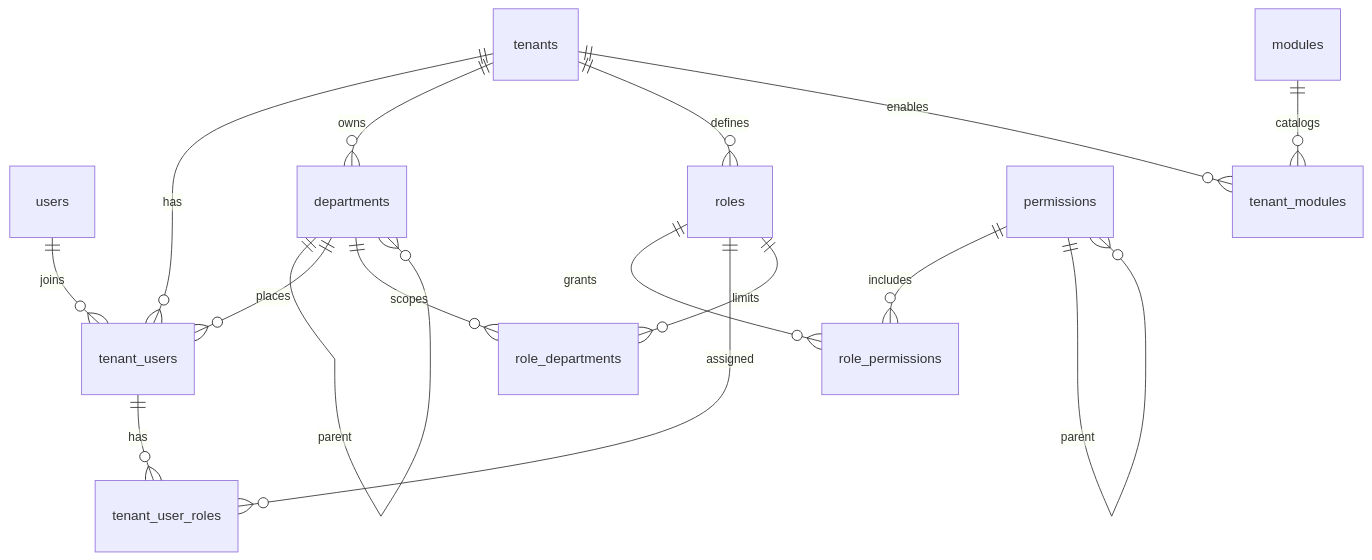
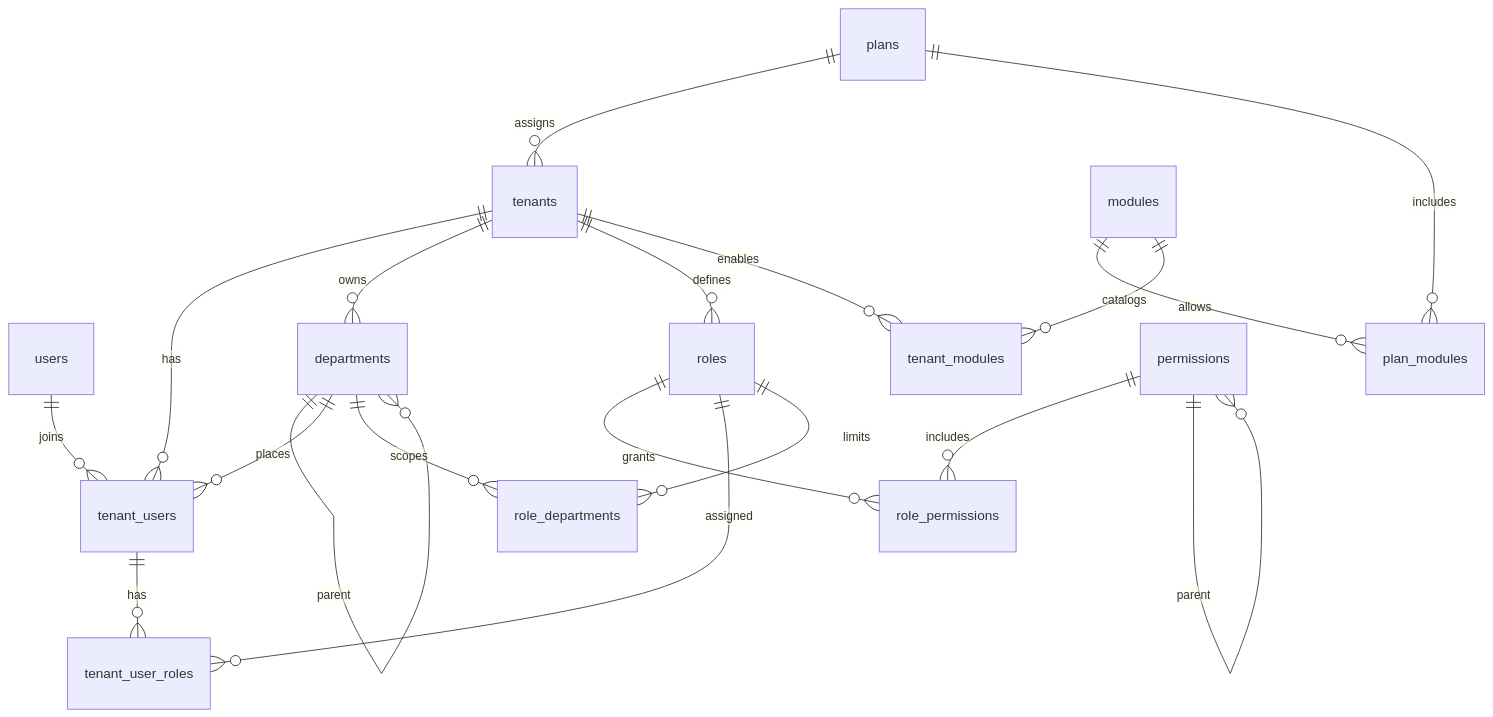
The diagram in docs/architecture/erd.md (gitphp/sunny_saas), drawn with Mermaid before and after one commit. The commit also changed other lines of this file and 47 other files, not shown here.

````diff
--- a/docs/architecture/erd.md
+++ b/docs/architecture/erd.md
@@ -3,18 +3,21 @@
 ```mermaid
 erDiagram
   users ||--o{ tenant_users : joins
   tenants ||--o{ tenant_users : has
   tenants ||--o{ departments : owns
   departments ||--o{ departments : parent
   departments ||--o{ tenant_users : places
   tenants ||--o{ roles : defines
+  plans ||--o{ tenants : assigns
+  plans ||--o{ plan_modules : includes
+  modules ||--o{ plan_modules : allows
   tenants ||--o{ tenant_modules : enables
   modules ||--o{ tenant_modules : catalogs
   roles ||--o{ role_permissions : grants
   permissions ||--o{ role_permissions : includes
   permissions ||--o{ permissions : parent
   tenant_users ||--o{ tenant_user_roles : has
   roles ||--o{ tenant_user_roles : assigned
   roles ||--o{ role_departments : limits
   departments ||--o{ role_departments : scopes
 ```
````
